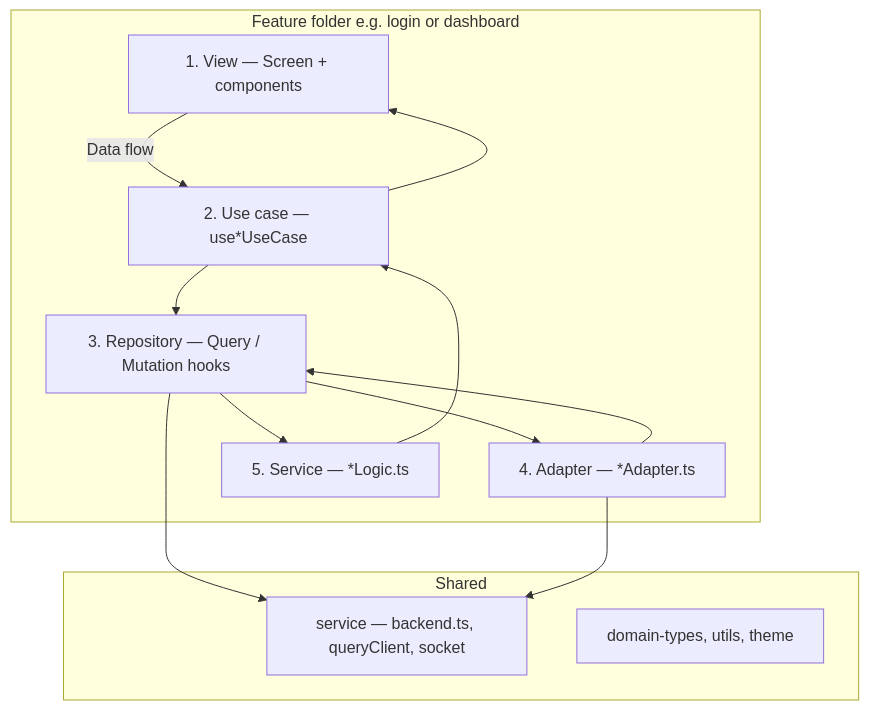
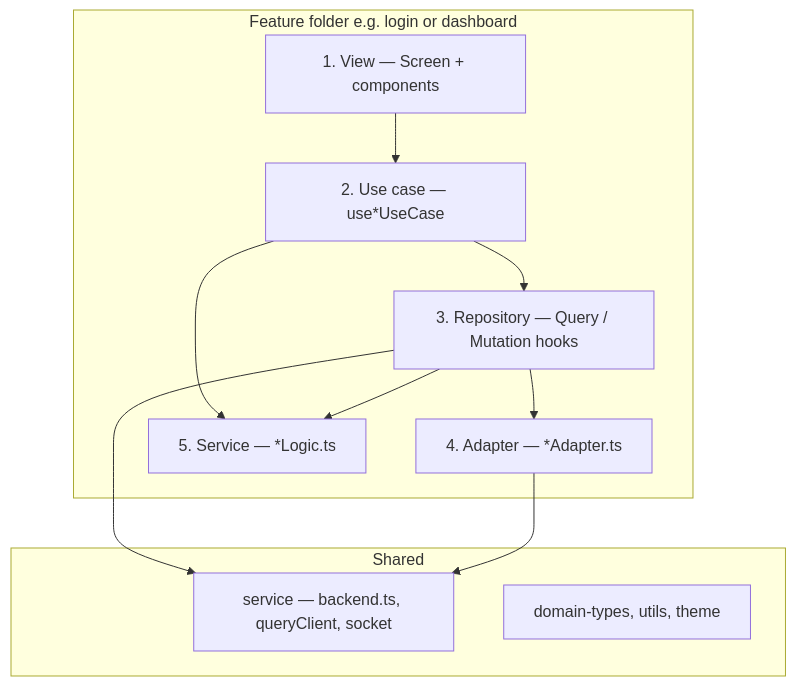
Before and after one commit to wizzywit/wired: the diagram in wired-frontend/README.md, drawn with Mermaid.

Commit message:
improved frontend readme

````diff
--- a/wired-frontend/README.md
+++ b/wired-frontend/README.md
@@ -47,25 +47,23 @@
 ```mermaid
 flowchart TB
   subgraph feature [Feature folder e.g. login or dashboard]
     V[1. View — Screen + components]
     UC[2. Use case — use*UseCase]
     R[3. Repository — Query / Mutation hooks]
     A[4. Adapter — *Adapter.ts]
     S[5. Service — *Logic.ts]
   end
 
   subgraph shared [Shared]
     SVC[service — backend.ts, queryClient, socket]
     DOM[domain-types, utils, theme]
   end
 
-  V -->|Data flow|UC
-  UC --> V
+  V --> UC
   UC --> R
-  S --> UC
+  UC --> S
   R --> S
   R --> A
   R --> SVC
-  A --> R
   A --> SVC
 ```
````
